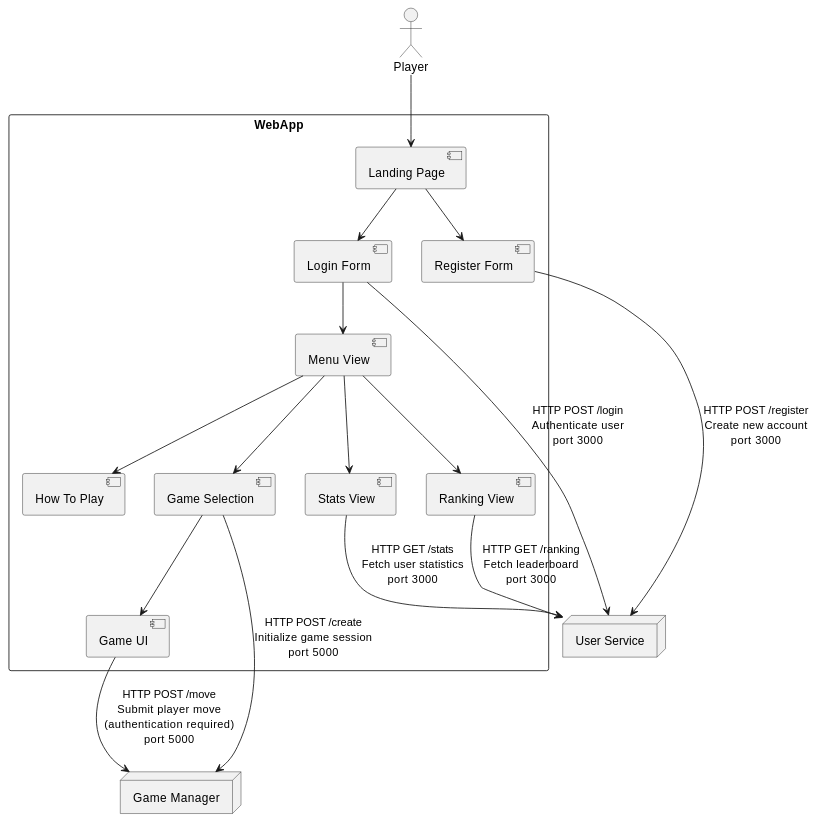
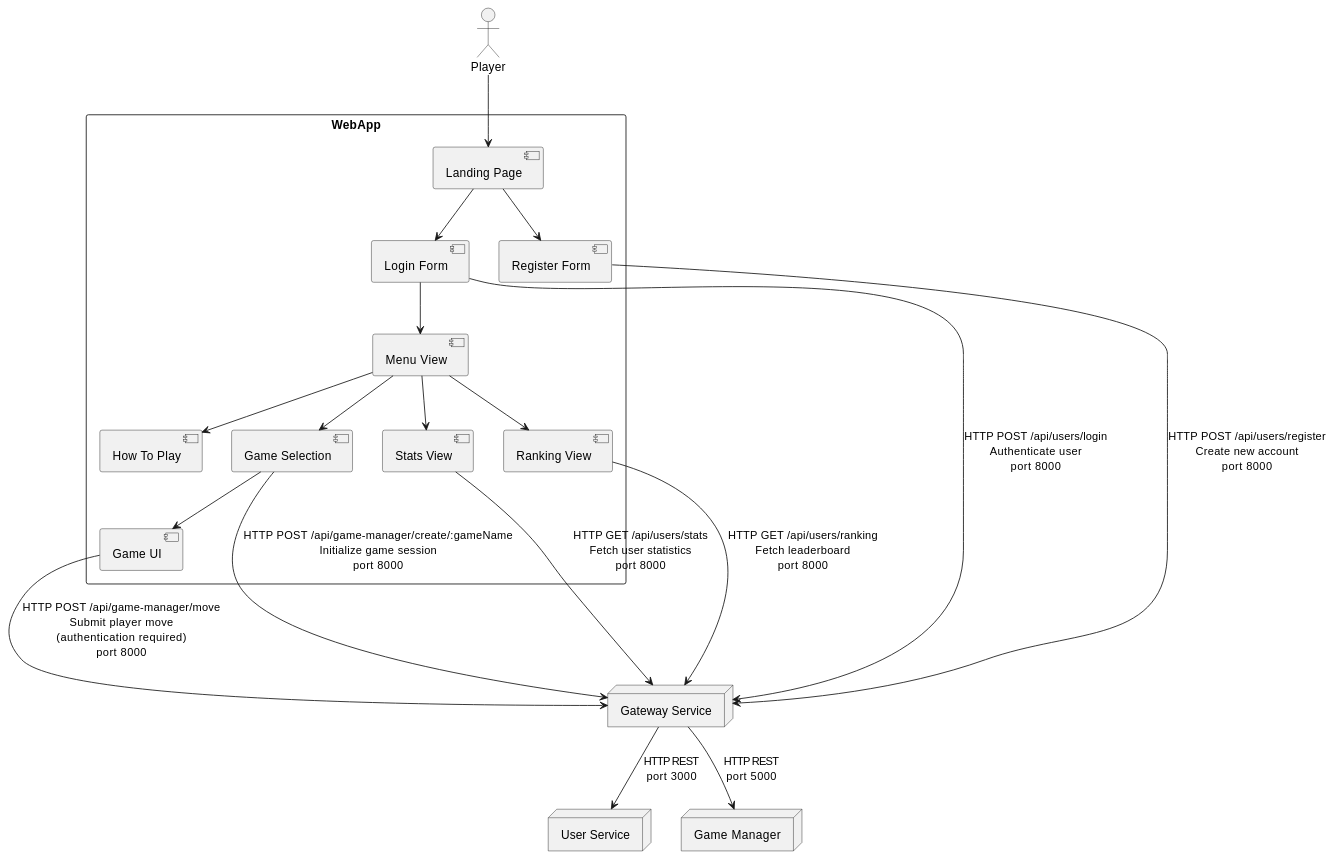
One commit to Arquisoft/yovi_en3a changed the third of 3 diagrams in docs/src/05_building_block_view.adoc. Above: the diagram before and after it, drawn with PlantUML. The commit also changed other lines of this file and 10 other files, not shown here.

```diff
--- a/docs/src/05_building_block_view.adoc
+++ b/docs/src/05_building_block_view.adoc
@@ -241,42 +241,46 @@
 [plantuml,"WebApp - Internal Structure and Navigation",png]
 ----
 
 
 actor "Player" as player
 
 rectangle "WebApp" as webapp {
   [Landing Page] as Landing
   [Login Form] as Login
   [Register Form] as Register
   [Menu View] as Menu
   [How To Play] as HTP
   [Game Selection] as GameSelect
   [Game UI] as GameUI
   [Stats View] as Stats
   [Ranking View] as Ranking
 }
 
+node "Gateway Service" as Gateway
 node "User Service" as UserSvc
 node "Game Manager" as GameMgr
 
 player --> Landing
 Landing --> Login
 Landing --> Register
 
-Login --> UserSvc: HTTP POST /login\nAuthenticate user\nport 3000
-Register --> UserSvc: HTTP POST /register\nCreate new account\nport 3000
+Login --> Gateway: HTTP POST /api/users/login\nAuthenticate user\nport 8000
+Register --> Gateway: HTTP POST /api/users/register\nCreate new account\nport 8000
 
 Login --> Menu
 Menu --> HTP
 Menu --> GameSelect
 Menu --> Stats
 Menu --> Ranking
 
-Stats --> UserSvc: HTTP GET /stats\nFetch user statistics\nport 3000
-Ranking --> UserSvc: HTTP GET /ranking\nFetch leaderboard\nport 3000
+Stats --> Gateway: HTTP GET /api/users/stats\nFetch user statistics\nport 8000
+Ranking --> Gateway: HTTP GET /api/users/ranking\nFetch leaderboard\nport 8000
 
-GameSelect --> GameMgr: HTTP POST /create\nInitialize game session\nport 5000
-GameSelect --> GameUI 
+GameSelect --> Gateway: HTTP POST /api/game-manager/create/:gameName\nInitialize game session\nport 8000
+GameSelect --> GameUI
 
-GameUI --> GameMgr: HTTP POST /move\nSubmit player move\n(authentication required)\nport 5000
+GameUI --> Gateway: HTTP POST /api/game-manager/move\nSubmit player move\n(authentication required)\nport 8000
+
+Gateway --> UserSvc: HTTP REST\nport 3000
+Gateway --> GameMgr: HTTP REST\nport 5000
 ----
```
